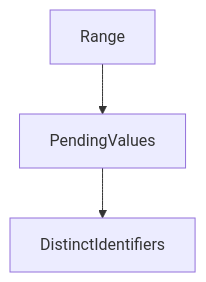
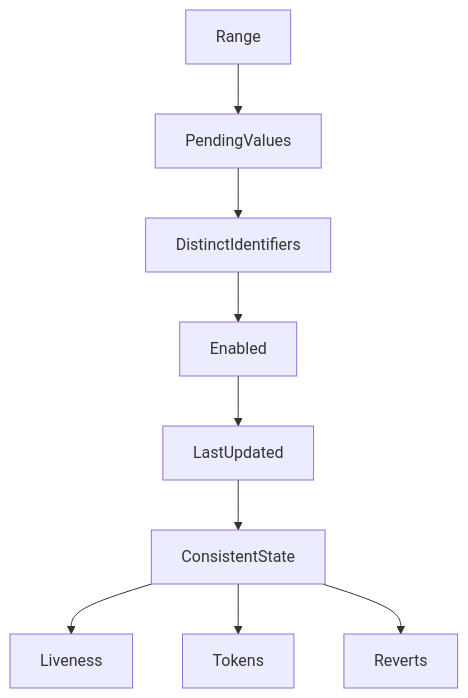
Before and after one commit to QGarchery/test-github: the diagram in README.md, drawn with Mermaid.

````diff
--- a/README.md
+++ b/README.md
@@ -1,5 +1,11 @@
 ```mermaid
 graph
 Range --> PendingValues
 PendingValues --> DistinctIdentifiers
+DistinctIdentifiers --> Enabled
+Enabled --> LastUpdated
+LastUpdated --> ConsistentState
+ConsistentState --> Liveness
+ConsistentState --> Tokens
+ConsistentState --> Reverts
 ```
````
